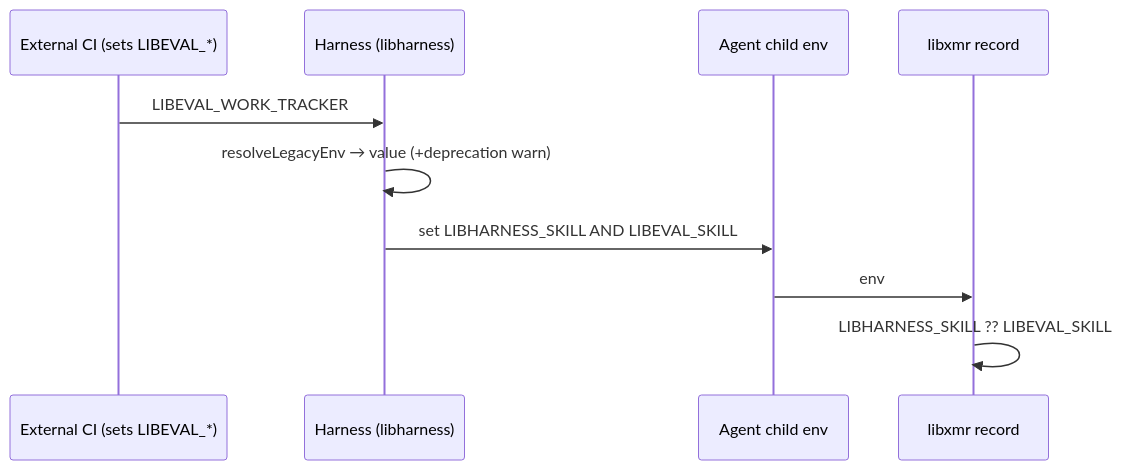
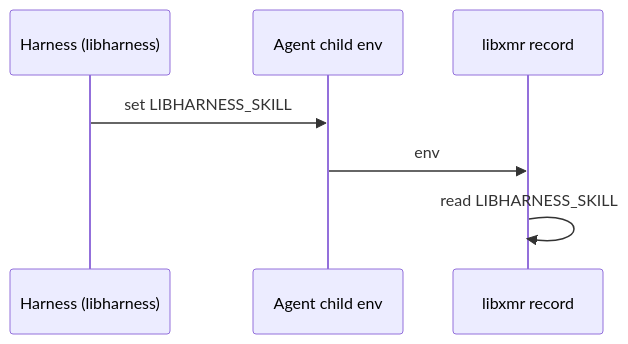
Before and after one commit to forwardimpact/monorepo: the second of 3 diagrams in specs/2110-libeval-libharness-rename/design-a.md, drawn with Mermaid. The commit also changed other lines of this file and 1 other file, not shown here.

````diff
--- a/specs/2110-libeval-libharness-rename/design-a.md
+++ b/specs/2110-libeval-libharness-rename/design-a.md
@@ -74,12 +74,9 @@
 ```mermaid
 sequenceDiagram
-  participant CI as External CI (sets LIBEVAL_*)
   participant H as Harness (libharness)
   participant A as Agent child env
   participant X as libxmr record
-  CI->>H: LIBEVAL_WORK_TRACKER
-  H->>H: resolveLegacyEnv → value (+deprecation warn)
-  H->>A: set LIBHARNESS_SKILL AND LIBEVAL_SKILL
+  H->>A: set LIBHARNESS_SKILL
   A->>X: env
-  X->>X: LIBHARNESS_SKILL ?? LIBEVAL_SKILL
+  X->>X: read LIBHARNESS_SKILL
 ```
````
